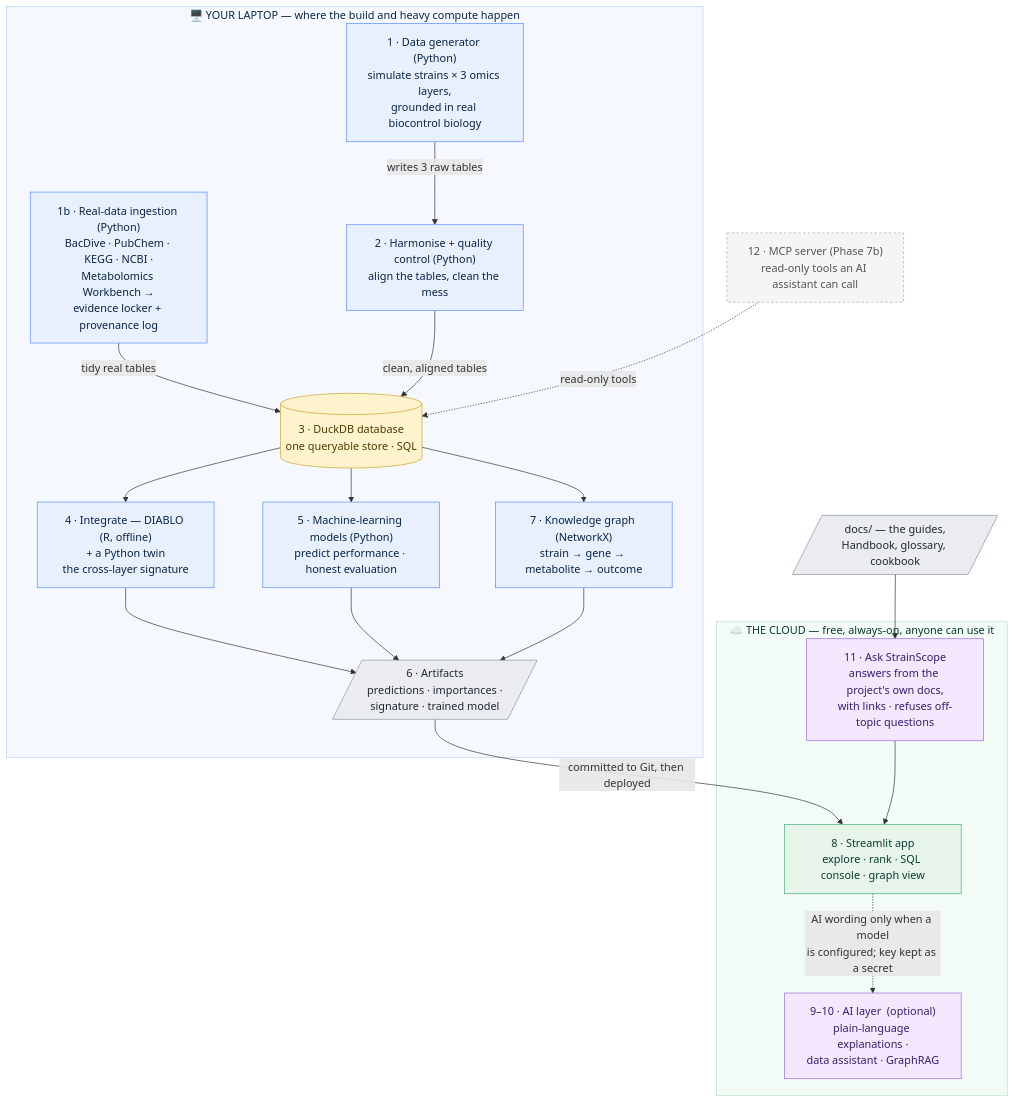
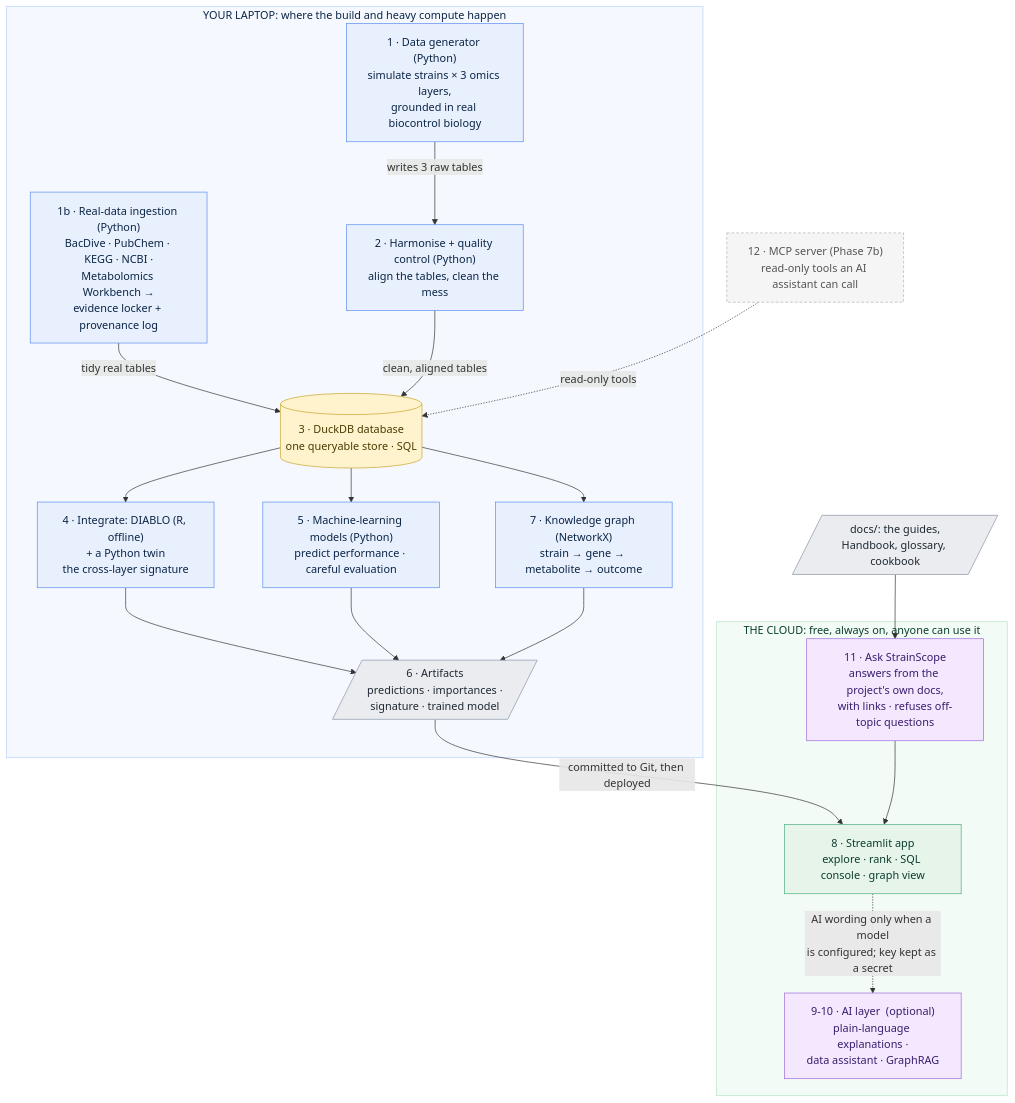
The diagram in docs/00-architecture.md (akannan2987/strainscope), drawn with Mermaid before and after one commit. The commit also changed other lines of this file and 103 other files, not shown here.

First line of the commit message:
feat: add leak-proof machine learning with calibration, importance and error analysis

````diff
--- a/docs/00-architecture.md
+++ b/docs/00-architecture.md
@@ -64,51 +64,51 @@
 ```mermaid
 flowchart TD
-    subgraph LAPTOP["🖥️  YOUR LAPTOP — where the build and heavy compute happen"]
+    subgraph LAPTOP["YOUR LAPTOP: where the build and heavy compute happen"]
         A["1 · Data generator (Python)<br/>simulate strains × 3 omics layers,<br/>grounded in real biocontrol biology"]
         R["1b · Real-data ingestion (Python)<br/>BacDive · PubChem · KEGG · NCBI ·<br/>Metabolomics Workbench →<br/>evidence locker + provenance log"]
         B["2 · Harmonise + quality control (Python)<br/>align the tables, clean the mess"]
         C[("3 · DuckDB database<br/>one queryable store · SQL")]
-        D["4 · Integrate — DIABLO (R, offline)<br/>+ a Python twin<br/>the cross-layer signature"]
-        E["5 · Machine-learning models (Python)<br/>predict performance · honest evaluation"]
+        D["4 · Integrate: DIABLO (R, offline)<br/>+ a Python twin<br/>the cross-layer signature"]
+        E["5 · Machine-learning models (Python)<br/>predict performance · careful evaluation"]
         F["7 · Knowledge graph (NetworkX)<br/>strain → gene → metabolite → outcome"]
         G[/"6 · Artifacts<br/>predictions · importances ·<br/>signature · trained model"/]
     end
-    subgraph CLOUD["☁️  THE CLOUD — free, always-on, anyone can use it"]
+    subgraph CLOUD["THE CLOUD: free, always on, anyone can use it"]
         H["8 · Streamlit app<br/>explore · rank · SQL console · graph view"]
-        I["9–10 · AI layer  (optional)<br/>plain-language explanations ·<br/>data assistant · GraphRAG"]
+        I["9-10 · AI layer  (optional)<br/>plain-language explanations ·<br/>data assistant · GraphRAG"]
         Q["11 · Ask StrainScope<br/>answers from the project's own docs,<br/>with links · refuses off-topic questions"]
     end
     M["12 · MCP server (Phase 7b)<br/>read-only tools an AI assistant can call"]
-    DOCS[/"docs/ — the guides,<br/>Handbook, glossary, cookbook"/]
+    DOCS[/"docs/: the guides,<br/>Handbook, glossary, cookbook"/]
 
     A -->|writes 3 raw tables| B
     R -->|tidy real tables| C
     B -->|clean, aligned tables| C
     C --> D
     C --> E
     C --> F
     D --> G
     E --> G
     F --> G
     G -->|committed to Git, then deployed| H
     H -.->|AI wording only when a model<br/>is configured; key kept as a secret| I
     DOCS --> Q
     Q --> H
     M -.->|read-only tools| C
 
     classDef laptop fill:#E8F0FE,stroke:#5B8DEF,color:#0B2545;
     classDef store fill:#FFF3CD,stroke:#C9A227,color:#4A3B00;
     classDef artifact fill:#EAECEF,stroke:#8A94A6,color:#1F2933;
     classDef cloud fill:#E6F4EA,stroke:#4CAF7D,color:#0B3D2E;
     classDef ai fill:#F3E8FD,stroke:#9C6ADE,color:#3A1D6E;
     classDef roadmap fill:#F5F5F5,stroke:#B0B0B0,color:#555555,stroke-dasharray:4 3;
     class A,B,D,E,F,R laptop
     class C store
     class G artifact
     class H cloud
     class I,Q ai
     class DOCS artifact
     class M roadmap
     style LAPTOP fill:#F5F9FF,stroke:#B9D2FF,color:#0B2545
     style CLOUD fill:#F2FBF5,stroke:#B7E4C7,color:#0B3D2E
 ```
````
